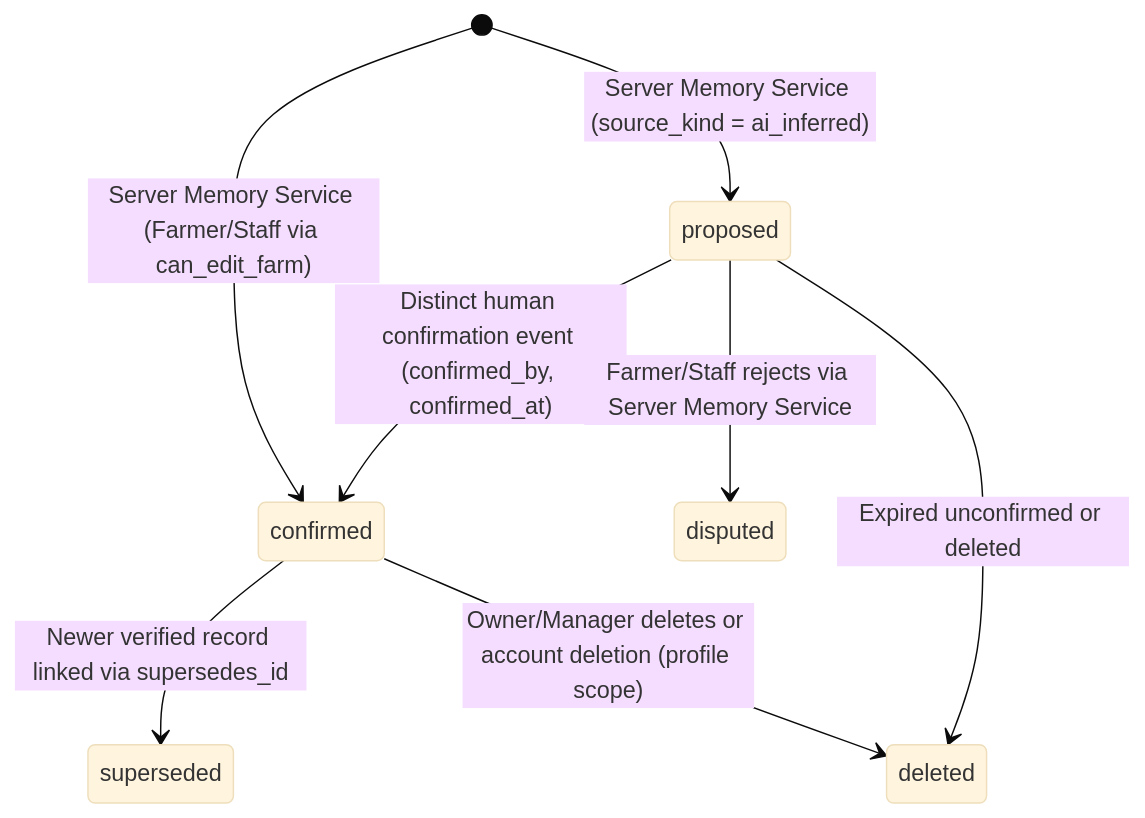
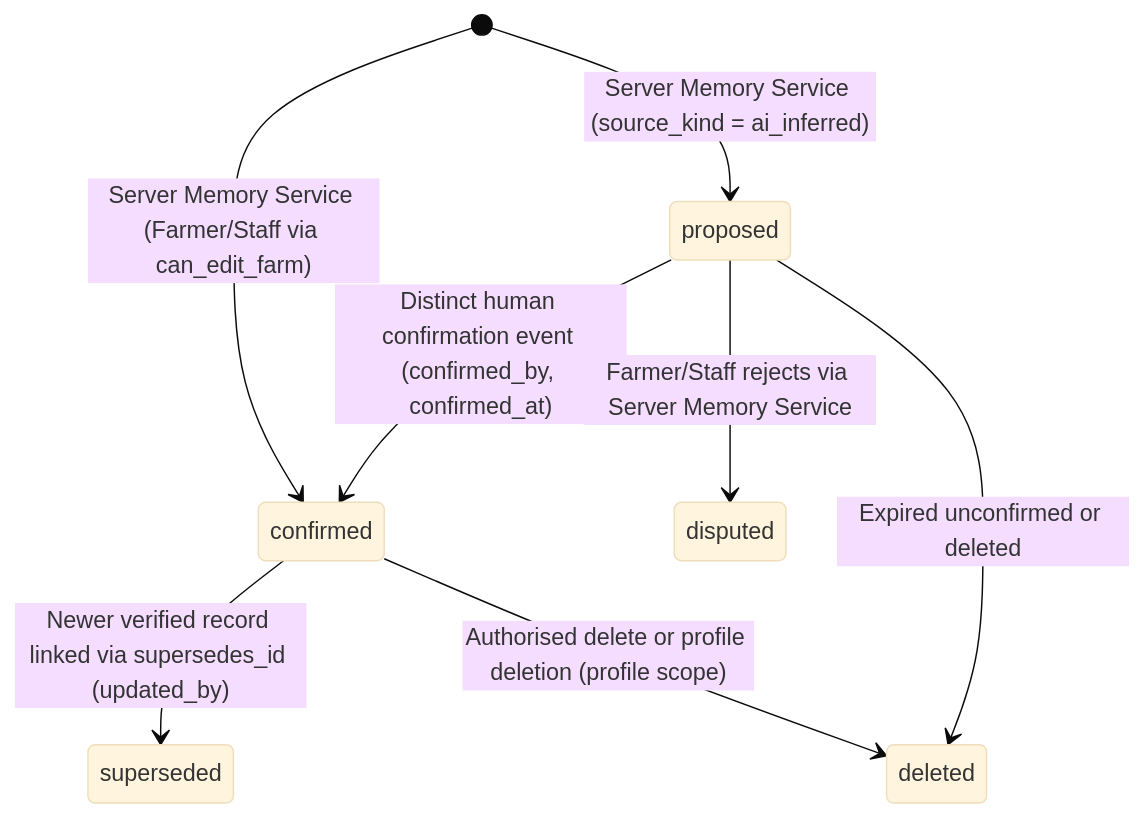
One commit to farmconnect-ux/cultivanode changed the third of 4 diagrams in docs/architecture/batch-03/BATCH_03_0_TARGET_ARCHITECTURE.md. Above: the diagram before and after it, drawn with Mermaid (base theme). The commit also changed other lines of this file and 7 other files, not shown here.

Commit message:
docs(architecture): tighten Batch 03.0 identity and memory controls

````diff
--- a/docs/architecture/batch-03/BATCH_03_0_TARGET_ARCHITECTURE.md
+++ b/docs/architecture/batch-03/BATCH_03_0_TARGET_ARCHITECTURE.md
@@ -123,10 +130,10 @@
 ```mermaid
 stateDiagram-v2
   [*] --> proposed: Server Memory Service (source_kind = ai_inferred)
   [*] --> confirmed: Server Memory Service (Farmer/Staff via can_edit_farm)
   proposed --> confirmed: Distinct human confirmation event (confirmed_by, confirmed_at)
   proposed --> disputed: Farmer/Staff rejects via Server Memory Service
-  confirmed --> superseded: Newer verified record linked via supersedes_id
-  confirmed --> deleted: Owner/Manager deletes or account deletion (profile scope)
+  confirmed --> superseded: Newer verified record linked via supersedes_id (updated_by)
+  confirmed --> deleted: Authorised delete or profile deletion (profile scope)
   proposed --> deleted: Expired unconfirmed or deleted
 ```
````
